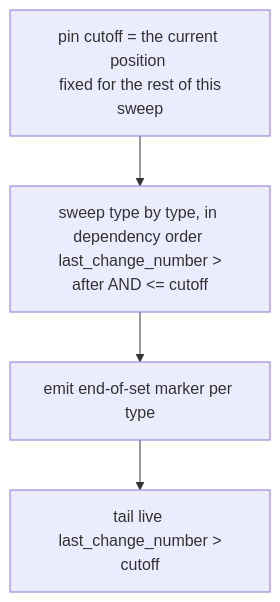
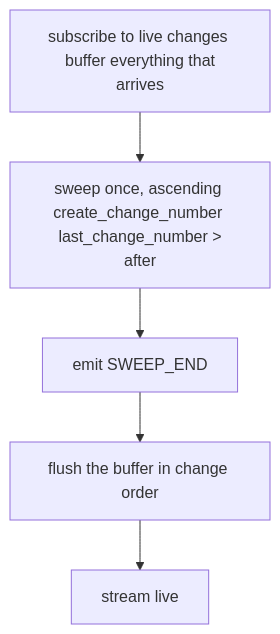
Before and after one commit to DKE-Data/masterdata-sync-working-group: the diagram in architecture/07-sync-streaming.md, drawn with Mermaid. The commit also changed other lines of this file and 1 other file, not shown here.

First line of the commit message:
decoupling sync stream from initial load

````diff
--- a/architecture/07-sync-streaming.md
+++ b/architecture/07-sync-streaming.md
@@ -113,10 +148,12 @@
 ```mermaid
 flowchart TB
-    PIN["pin cutoff = the current position \n fixed for the rest of this sweep"]
-    SWEEP["sweep type by type, in dependency order \n last_change_number &gt; after AND &lt;= cutoff"]
-    MARK["emit end-of-set marker per type"]
-    TAIL["tail live \n last_change_number &gt; cutoff"]
-    PIN --> SWEEP
+    SUB["subscribe to live changes \n buffer everything that arrives"]
+    SWEEP["sweep once, ascending create_change_number \n last_change_number &gt; after"]
+    MARK["emit SWEEP_END"]
+    FLUSH["flush the buffer in change order"]
+    LIVE["stream live"]
+    SUB --> SWEEP
     SWEEP --> MARK
-    MARK --> TAIL
+    MARK --> FLUSH
+    FLUSH --> LIVE
 ```
````
